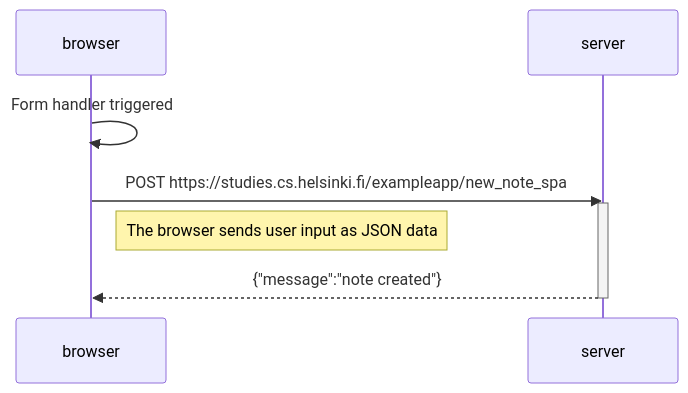
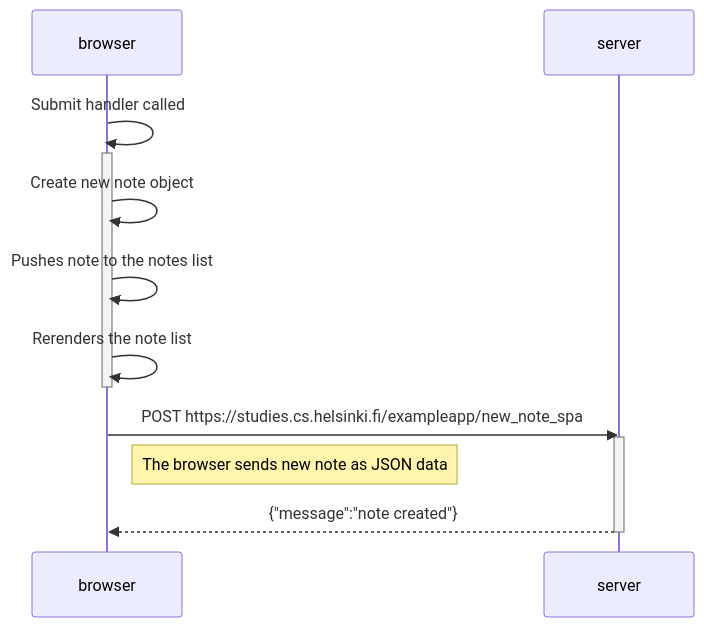
The diagram in part_0/new_note_spa_diagram.md (ngarciaotero/full_stack_open), drawn with Mermaid before and after one commit.

Commit message:
modified beginning sequenece style

````diff
--- a/part_0/new_note_spa_diagram.md
+++ b/part_0/new_note_spa_diagram.md
@@ -1,14 +1,20 @@
 ```mermaid
 sequenceDiagram
     participant browser
     participant server
 
-    browser->>browser: Form handler triggered
+    browser->>browser: Submit handler called
+    activate browser
+    browser->>browser: Create new note object
+    browser->>browser: Pushes note to the notes list
+    browser->>browser: Rerenders the note list
+    deactivate browser
 
     browser->>server: POST https://studies.cs.helsinki.fi/exampleapp/new_note_spa
+
     activate server
-    Note right of browser: The browser sends user input as JSON data
+    Note right of browser: The browser sends new note as JSON data
     server-->>browser: {"message":"note created"}
     deactivate server
 
 ```
````
